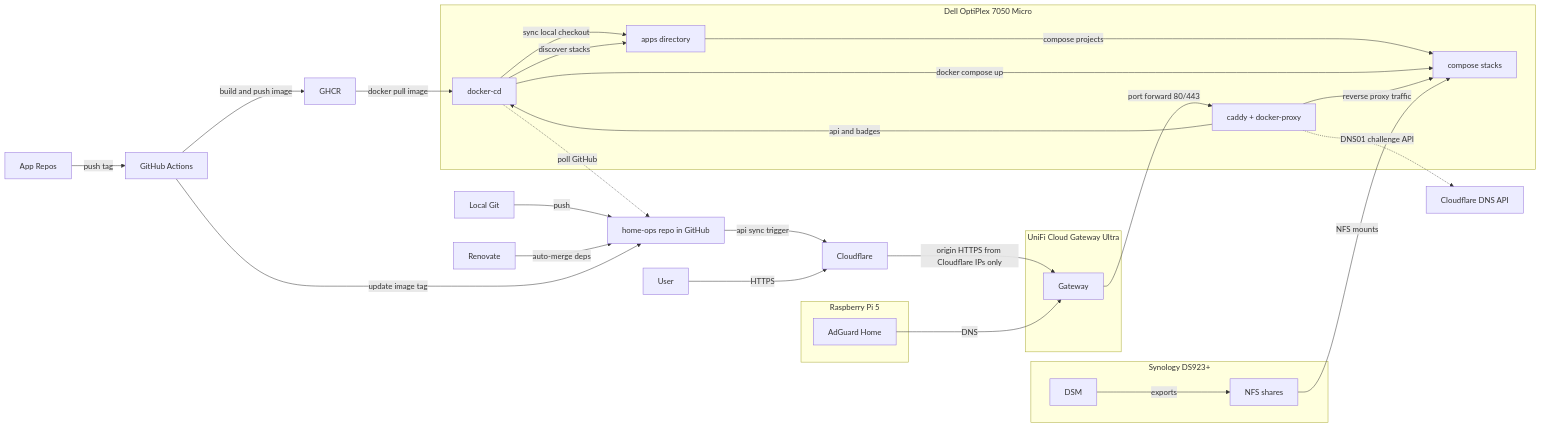
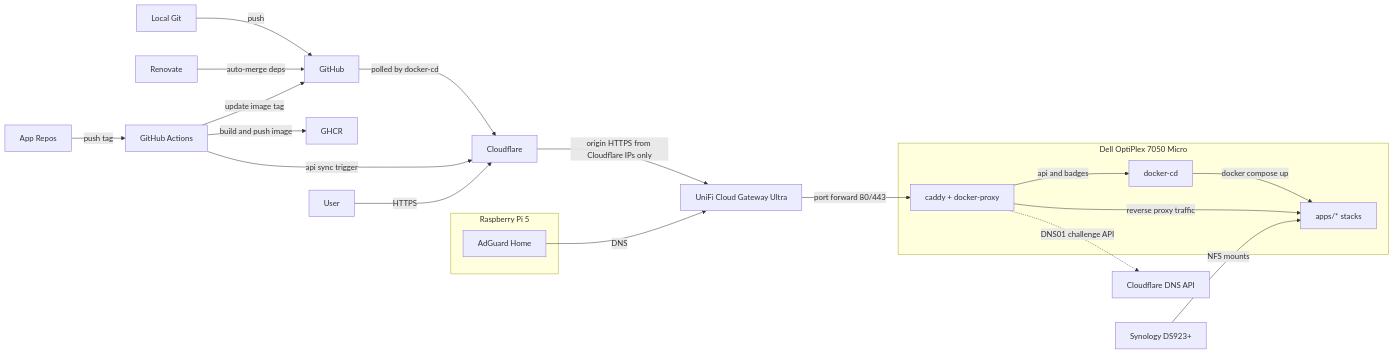
One commit to wajeht/home-ops changed the diagram in README.md. Above: the diagram before and after it, drawn with Mermaid.

Commit message:
docs: update architecture diagram for clarity

````diff
--- a/README.md
+++ b/README.md
@@ -16,46 +16,31 @@
 ```mermaid
 flowchart LR
     subgraph dell[Dell OptiPlex 7050 Micro]
         docker_cd[docker-cd]
         caddy[caddy + docker-proxy]
-        apps_dir[apps directory]
-        stacks[compose stacks]
+        apps[apps/* stacks]
     end
 
     subgraph pi[Raspberry Pi 5]
         adguard[AdGuard Home]
     end
 
-    subgraph synology[Synology DS923+]
-        nas_dsm[DSM]
-        nas_nfs[NFS shares]
-    end
+    local_git[Local Git] -->|push| github[GitHub]
+    app_repo[App Repos] -->|push tag| actions[GitHub Actions]
+    renovate[Renovate] -->|auto-merge deps| github
+    actions -->|build and push image| ghcr[GHCR]
+    actions -->|update image tag| github
+    github -->|polled by docker-cd| cloudflare[Cloudflare]
+    actions -->|api sync trigger| cloudflare
 
-    subgraph unifi_hw[UniFi Cloud Gateway Ultra]
-        unifi[Gateway]
-    end
-
-    local_git[Local Git] -->|push| home_ops_repo[home-ops repo in GitHub]
-    app_repo[App Repos] -->|push tag| actions[GitHub Actions]
-    renovate[Renovate] -->|auto-merge deps| home_ops_repo
-    actions -->|build and push image| ghcr[GHCR]
-    actions -->|update image tag| home_ops_repo
-    ghcr -->|docker pull image| docker_cd
-    docker_cd -.->|poll GitHub| home_ops_repo
-    home_ops_repo -->|api sync trigger| cloudflare[Cloudflare]
-
-    user[User] -->|HTTPS| cloudflare
-    cloudflare -->|origin HTTPS from Cloudflare IPs only| unifi
+    user[User] -->|HTTPS| cloudflare[Cloudflare]
+    cloudflare -->|origin HTTPS from Cloudflare IPs only| unifi[UniFi Cloud Gateway Ultra]
     adguard -->|DNS| unifi
 
-    docker_cd -->|sync local checkout| apps_dir
-    docker_cd -->|discover stacks| apps_dir
-    apps_dir -->|compose projects| stacks
-    docker_cd -->|docker compose up| stacks
-    caddy -->|reverse proxy traffic| stacks
+    docker_cd -->|docker compose up| apps
+    caddy -->|reverse proxy traffic| apps
     caddy -->|api and badges| docker_cd
     unifi -->|port forward 80/443| caddy
     caddy -.->|DNS01 challenge API| cloudflare_dns[Cloudflare DNS API]
-    nas_dsm -->|exports| nas_nfs
-    nas_nfs -->|NFS mounts| stacks
+    nas[Synology DS923+] -->|NFS mounts| apps
 ```
````
